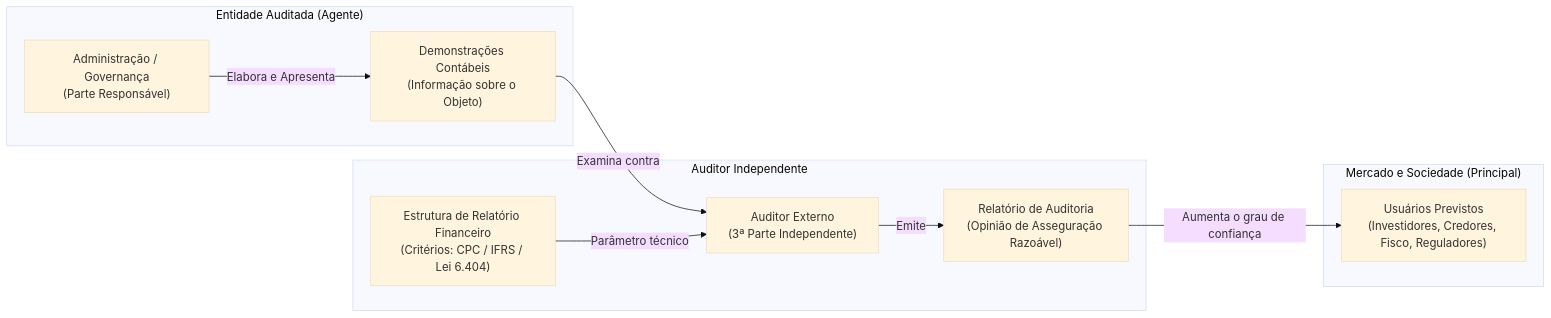
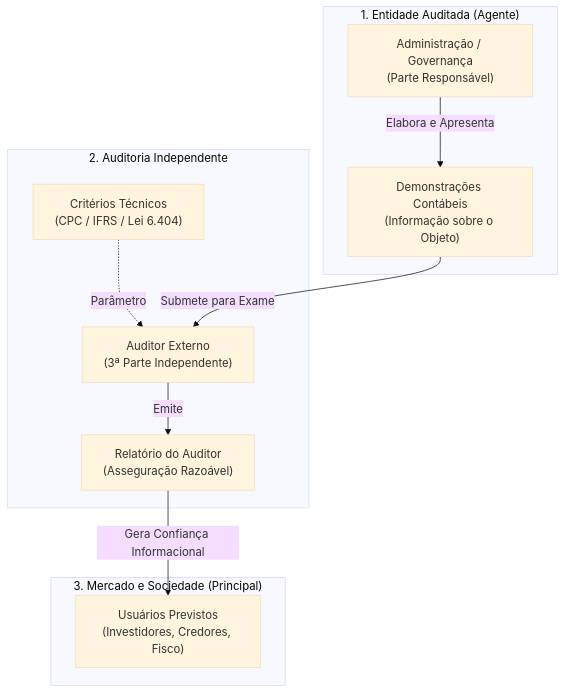
Before and after one commit to gilsonnogueira/OpenConcursos: the first of 3 diagrams in docs/19-auditoria/01-fundamentos-e-normas-profissionais/01-estrutura-conceitual-nbc-ta-200.md, drawn with Mermaid (base theme). The commit also changed 17 other files, not shown here.

Commit message:
style(diagrams): verticaliza todos os diagramas Mermaid para legibilidade em painel vertical

````diff
--- a/docs/19-auditoria/01-fundamentos-e-normas-profissionais/01-estrutura-conceitual-nbc-ta-200.md
+++ b/docs/19-auditoria/01-fundamentos-e-normas-profissionais/01-estrutura-conceitual-nbc-ta-200.md
@@ -15,23 +15,23 @@
 ```mermaid
-flowchart LR
-    subgraph Entidade["Entidade Auditada (Agente)"]
+flowchart TD
+    subgraph Entidade["1. Entidade Auditada (Agente)"]
         ADM["Administração / Governança<br/>(Parte Responsável)"]
         DC["Demonstrações Contábeis<br/>(Informação sobre o Objeto)"]
         ADM -->|Elabora e Apresenta| DC
     end
 
-    subgraph Auditoria["Auditor Independente"]
+    subgraph Auditoria["2. Auditoria Independente"]
         AUD["Auditor Externo<br/>(3ª Parte Independente)"]
-        CRIT["Estrutura de Relatório Financeiro<br/>(Critérios: CPC / IFRS / Lei 6.404)"]
-        REL["Relatório de Auditoria<br/>(Opinião de Asseguração Razoável)"]
+        CRIT["Critérios Técnicos<br/>(CPC / IFRS / Lei 6.404)"]
+        REL["Relatório do Auditor<br/>(Asseguração Razoável)"]
+        CRIT -.->|Parâmetro| AUD
+        AUD -->|Emite| REL
     end
 
-    subgraph Mercado["Mercado e Sociedade (Principal)"]
-        USU["Usuários Previstos<br/>(Investidores, Credores, Fisco, Reguladores)"]
+    subgraph Mercado["3. Mercado e Sociedade (Principal)"]
+        USU["Usuários Previstos<br/>(Investidores, Credores, Fisco)"]
     end
 
-    DC -->|Examina contra| AUD
-    CRIT -->|Parâmetro técnico| AUD
-    AUD -->|Emite| REL
-    REL -->|Aumenta o grau de confiança| USU
+    DC -->|Submete para Exame| AUD
+    REL -->|Gera Confiança Informacional| USU
 ```
````
